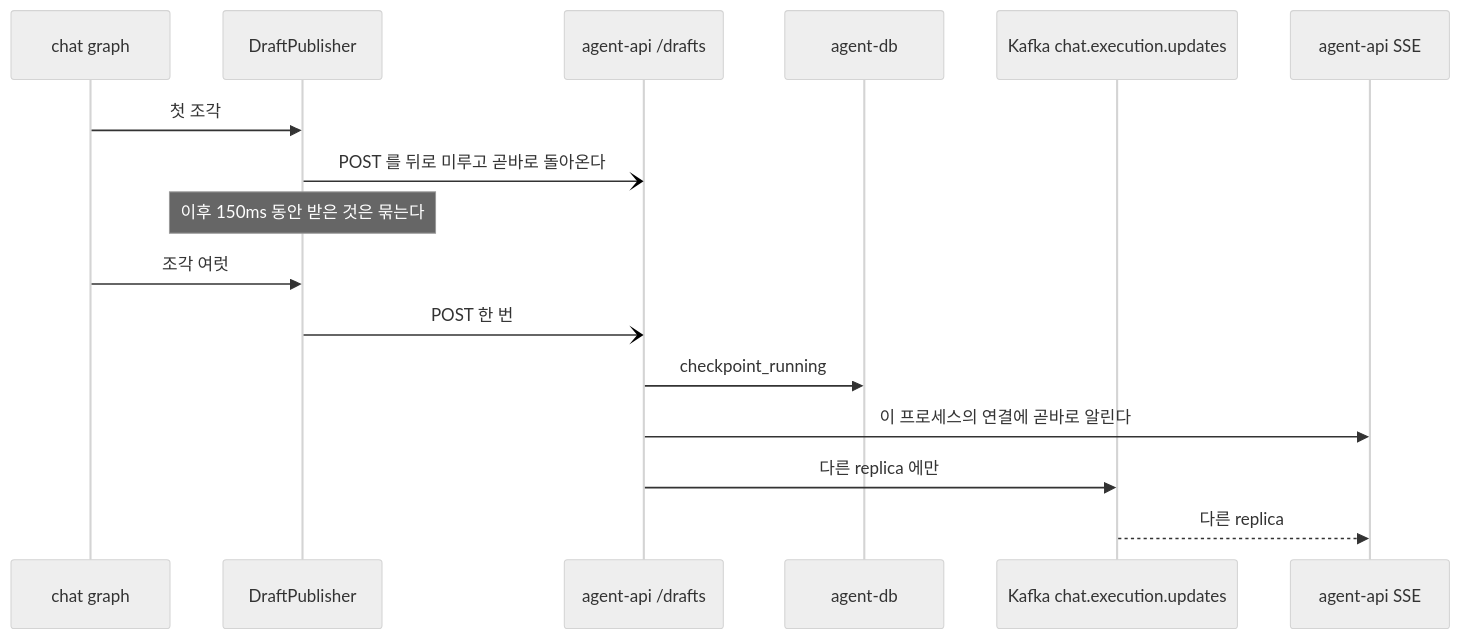
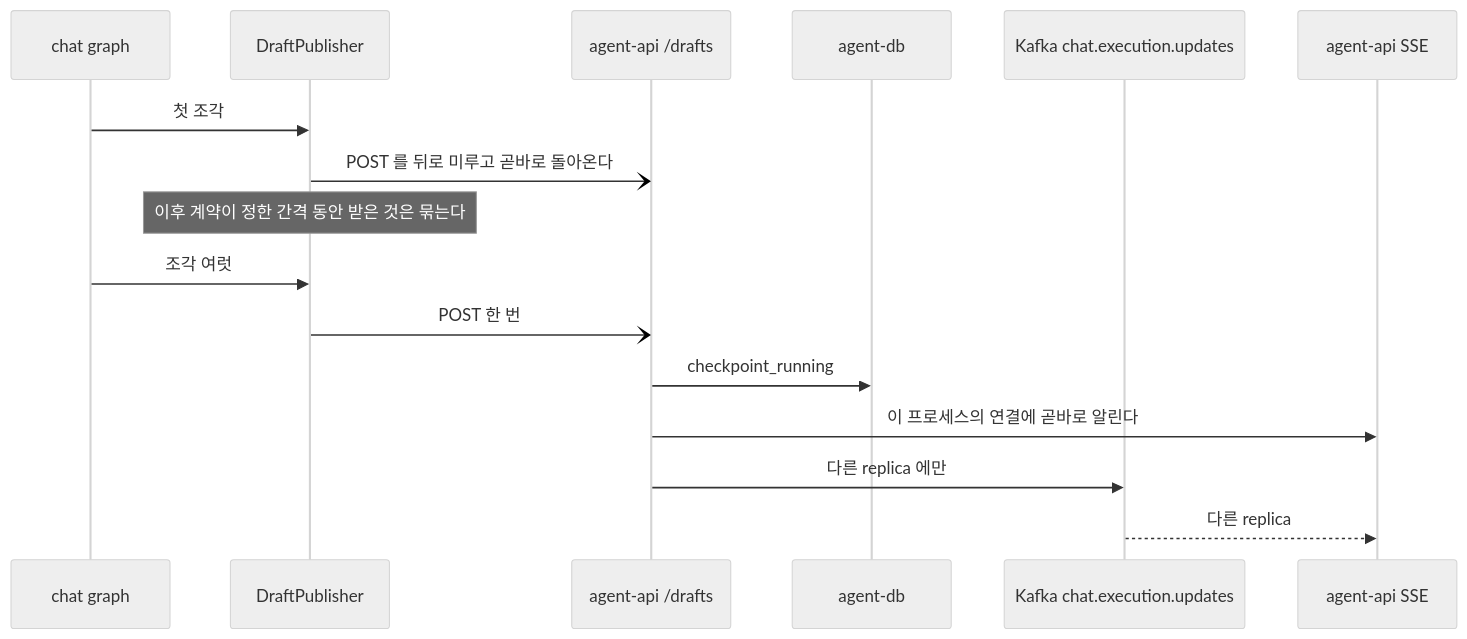
The fifth of 7 diagrams in src/tracer_agent/worker/agents/chat/README.md (agent-tracer/tracer-agent-python), drawn with Mermaid (neutral theme) before and after one commit. The commit also changed other lines of this file, not shown here.

First line of the commit message:
docs(agents): 적는 간격을 계약이 갖는다고 적는다

````diff
--- a/src/tracer_agent/worker/agents/chat/README.md
+++ b/src/tracer_agent/worker/agents/chat/README.md
@@ -164,19 +164,19 @@
 ```mermaid
 sequenceDiagram
     participant G as chat graph
     participant P as DraftPublisher
     participant S as agent-api /drafts
     participant D as agent-db
     participant K as Kafka chat.execution.updates
     participant A as agent-api SSE
 
     G->>P: 첫 조각
     P-)S: POST 를 뒤로 미루고 곧바로 돌아온다
-    Note over P: 이후 150ms 동안 받은 것은 묶는다
+    Note over P: 이후 계약이 정한 간격 동안 받은 것은 묶는다
     G->>P: 조각 여럿
     P-)S: POST 한 번
     S->>D: checkpoint_running
     S->>A: 이 프로세스의 연결에 곧바로 알린다
     S->>K: 다른 replica 에만
     K-->>A: 다른 replica
 ```
````
